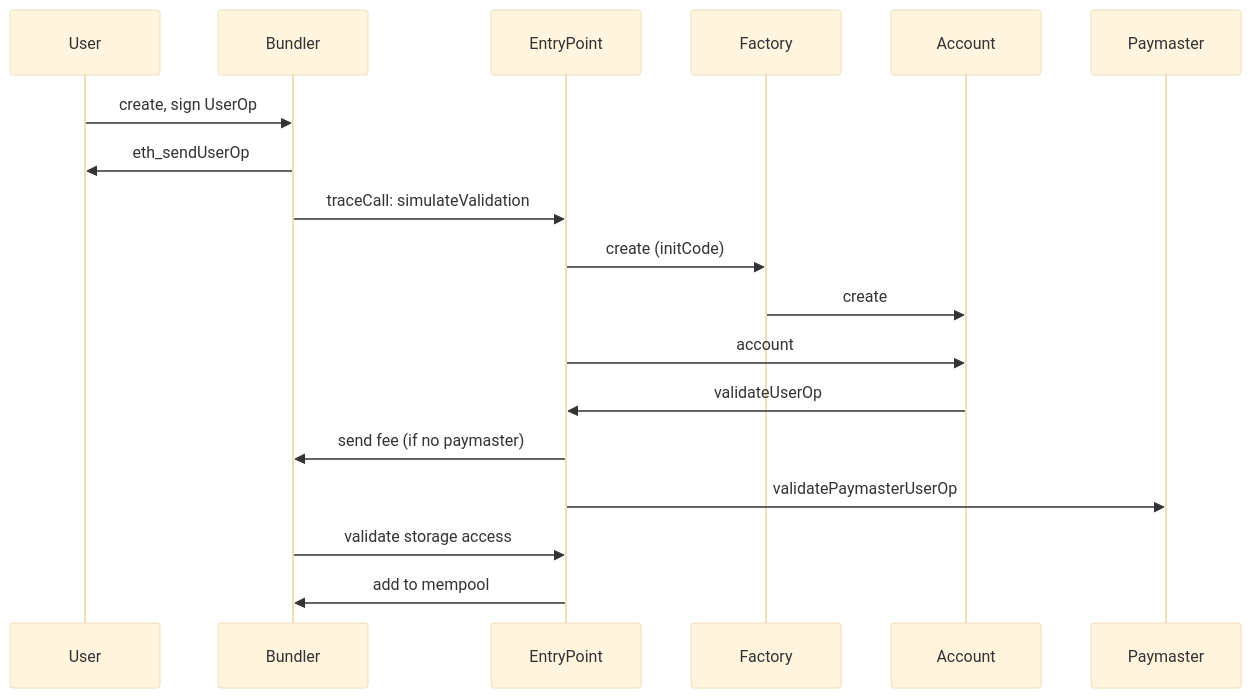
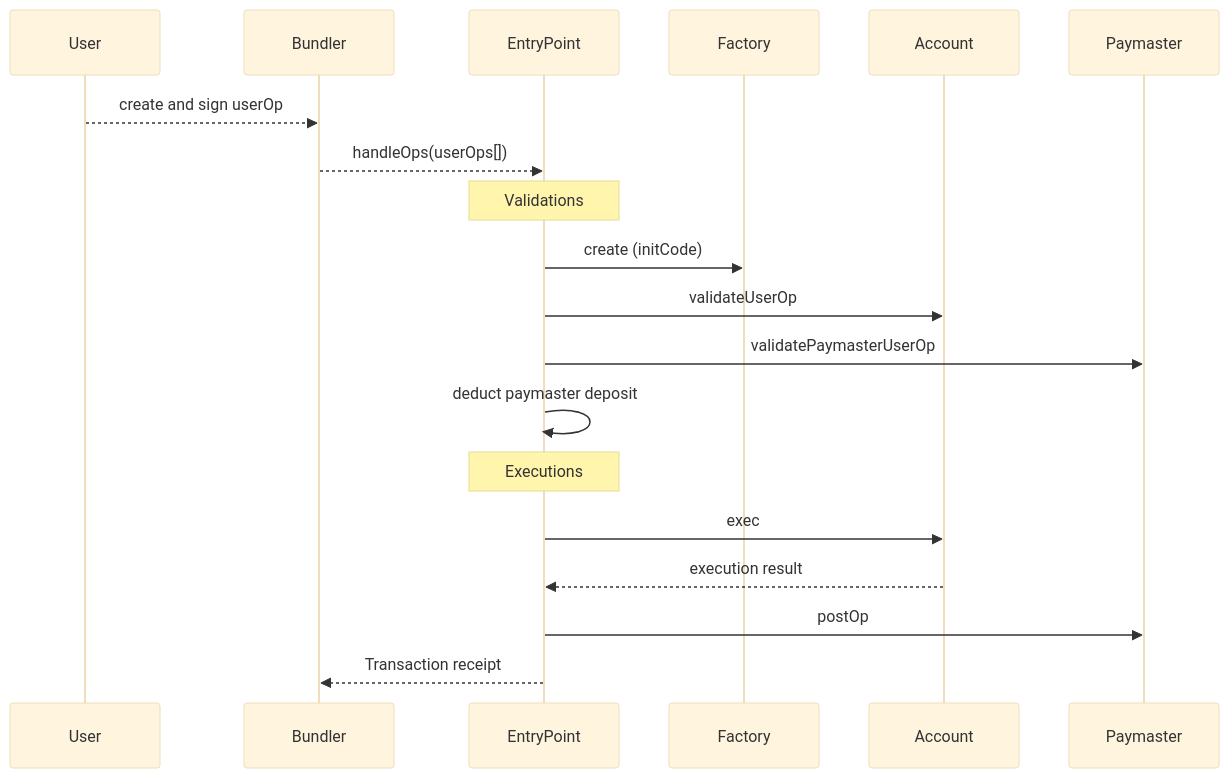
Before and after one commit to wakeuplabs-io/superchain-accounts: the first of 3 diagrams in packages/docs/research.md, drawn with Mermaid (base theme). The commit also changed other lines of this file, not shown here.

````diff
--- a/packages/docs/research.md
+++ b/packages/docs/research.md
@@ -104,21 +103,25 @@
 ```mermaid
 sequenceDiagram
     participant User
     participant Bundler
     participant EntryPoint
     participant Factory
     participant Account
     participant Paymaster
 
-    User ->> Bundler: create, sign UserOp
-    Bundler ->> User: eth_sendUserOp
-    Bundler ->> EntryPoint: traceCall: simulateValidation
-    EntryPoint ->> Factory: create (initCode)
-    Factory ->> Account: create
-    EntryPoint ->> Account: account
-    Account ->> EntryPoint: validateUserOp
-    EntryPoint ->> Bundler: send fee (if no paymaster)
-    EntryPoint ->> Paymaster: validatePaymasterUserOp
-    Bundler ->> EntryPoint: validate storage access
-    EntryPoint ->> Bundler: add to mempool
+    User-->>Bundler: create and sign userOp
+    Bundler-->>EntryPoint: handleOps(userOps[])
+    
+    Note over EntryPoint: Validations
+    EntryPoint->>Factory: create (initCode)
+    EntryPoint->>Account: validateUserOp
+    EntryPoint->>Paymaster: validatePaymasterUserOp
+    EntryPoint->>EntryPoint: deduct paymaster deposit  
+    
+
+    Note over EntryPoint: Executions
+    EntryPoint->>Account: exec
+    Account-->>EntryPoint: execution result
+    EntryPoint->>Paymaster: postOp
+    EntryPoint-->>Bundler: Transaction receipt
 ```
````
